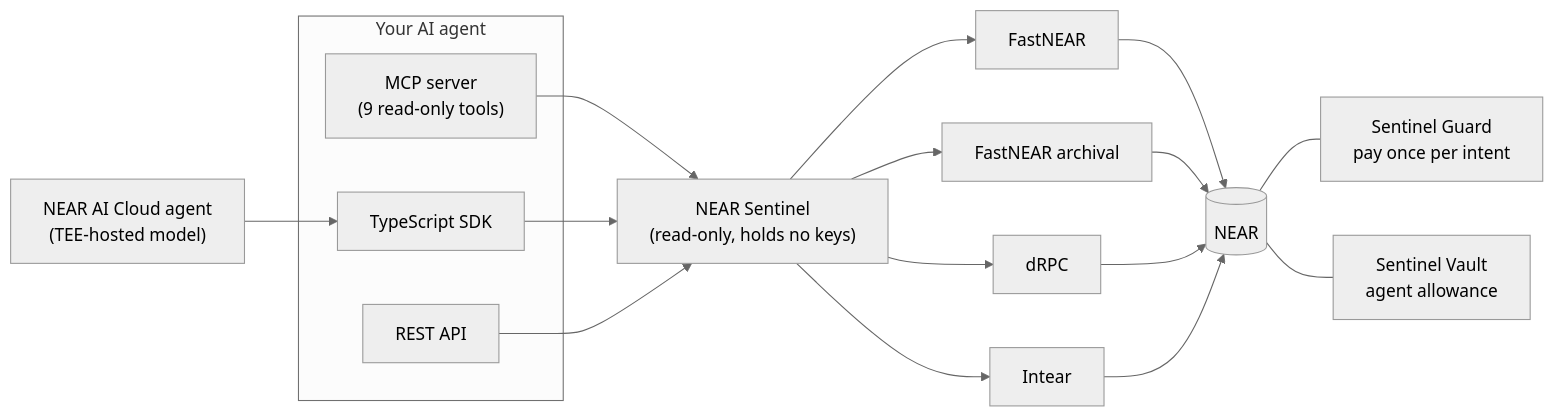
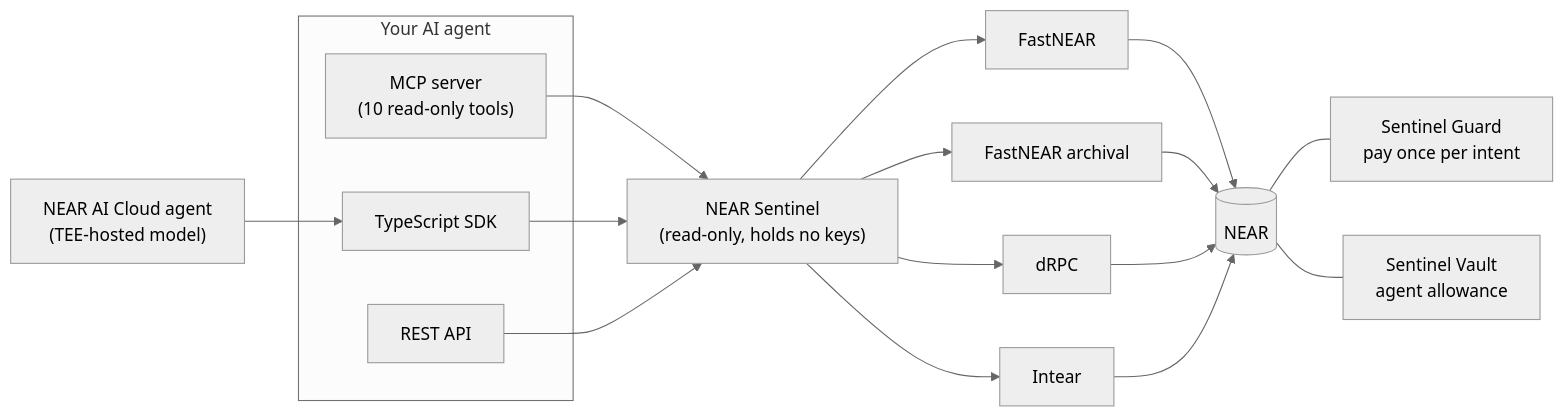
One commit to kariosg/near-sentinel changed the second of 3 diagrams in README.md. Above: the diagram before and after it, drawn with Mermaid (neutral theme). The commit also changed other lines of this file and 43 other files, not shown here.

````diff
--- a/README.md
+++ b/README.md
@@ -188,19 +188,19 @@
 ```mermaid
 flowchart LR
     subgraph Agent["Your AI agent"]
-        MCP["MCP server<br/>(9 read-only tools)"]
+        MCP["MCP server<br/>(10 read-only tools)"]
         SDK["TypeScript SDK"]
         REST["REST API"]
     end
     AI["NEAR AI Cloud agent<br/>(TEE-hosted model)"] --> SDK
     MCP --> S["NEAR Sentinel<br/>(read-only, holds no keys)"]
     SDK --> S
     REST --> S
     S --> P1["FastNEAR"]
     S --> P2["FastNEAR archival"]
     S --> P3["dRPC"]
     S --> P4["Intear"]
     P1 & P2 & P3 & P4 --> NEAR[("NEAR")]
     NEAR --- G["Sentinel Guard<br/>pay once per intent"]
     NEAR --- V["Sentinel Vault<br/>agent allowance"]
 ```
````
